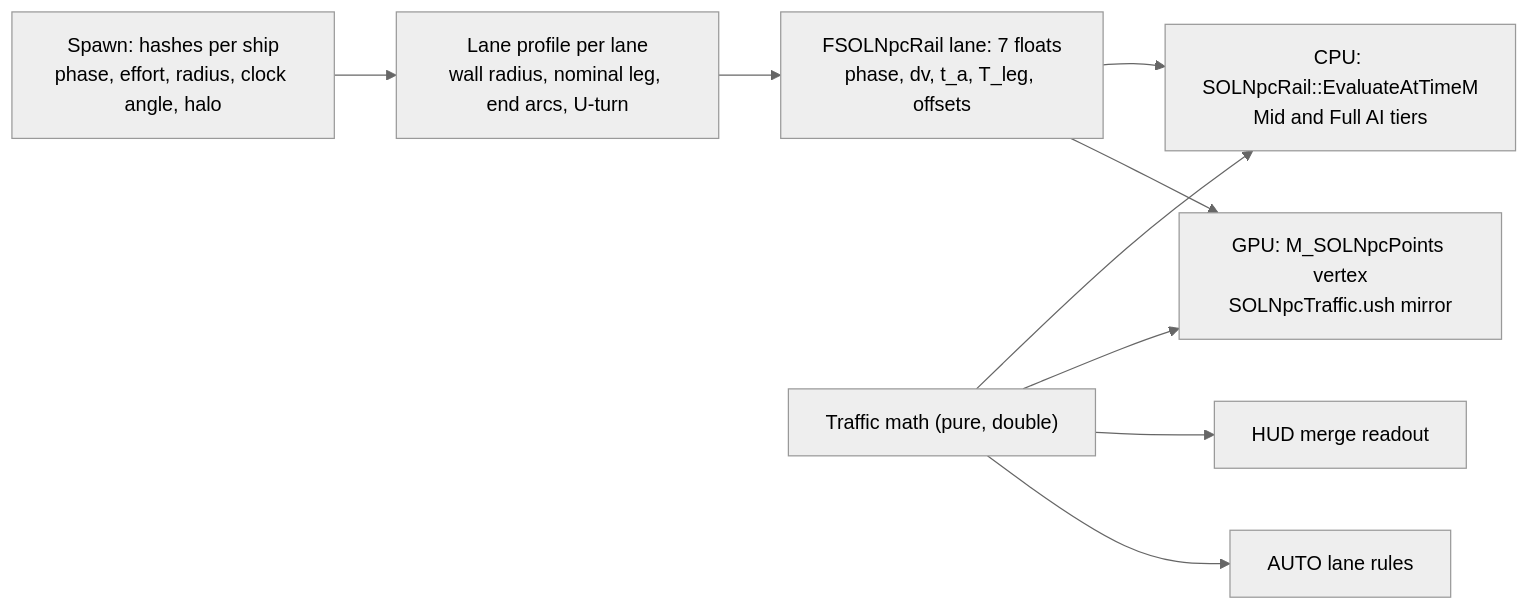
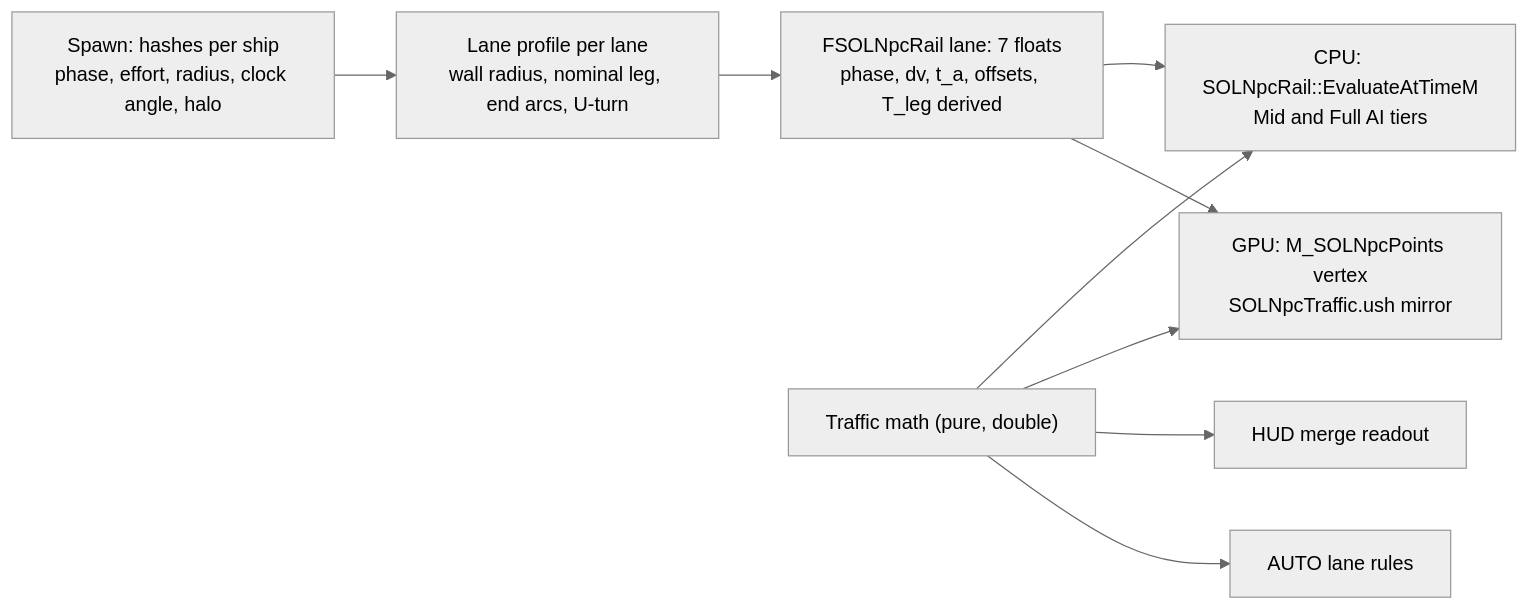
The first of 2 diagrams in Docs/SDDs/50-lane-traffic-flow.md (DieSlower/SOLTest), drawn with Mermaid (neutral theme) before and after one commit. The commit also changed other lines of this file and 15 other files, not shown here.

````diff
--- a/Docs/SDDs/50-lane-traffic-flow.md
+++ b/Docs/SDDs/50-lane-traffic-flow.md
@@ -128,11 +128,11 @@
 ```mermaid
 flowchart LR
     S["Spawn: hashes per ship<br/>phase, effort, radius, clock angle, halo"] --> P["Lane profile per lane<br/>wall radius, nominal leg, end arcs, U-turn"]
-    P --> R["FSOLNpcRail lane: 7 floats<br/>phase, dv, t_a, T_leg, offsets"]
+    P --> R["FSOLNpcRail lane: 7 floats<br/>phase, dv, t_a, offsets, T_leg derived"]
     M["Traffic math (pure, double)"] --> C["CPU: SOLNpcRail::EvaluateAtTimeM<br/>Mid and Full AI tiers"]
     M --> G["GPU: M_SOLNpcPoints vertex<br/>SOLNpcTraffic.ush mirror"]
     M --> H["HUD merge readout"]
     M --> A["AUTO lane rules"]
     R --> C
     R --> G
 ```
````
